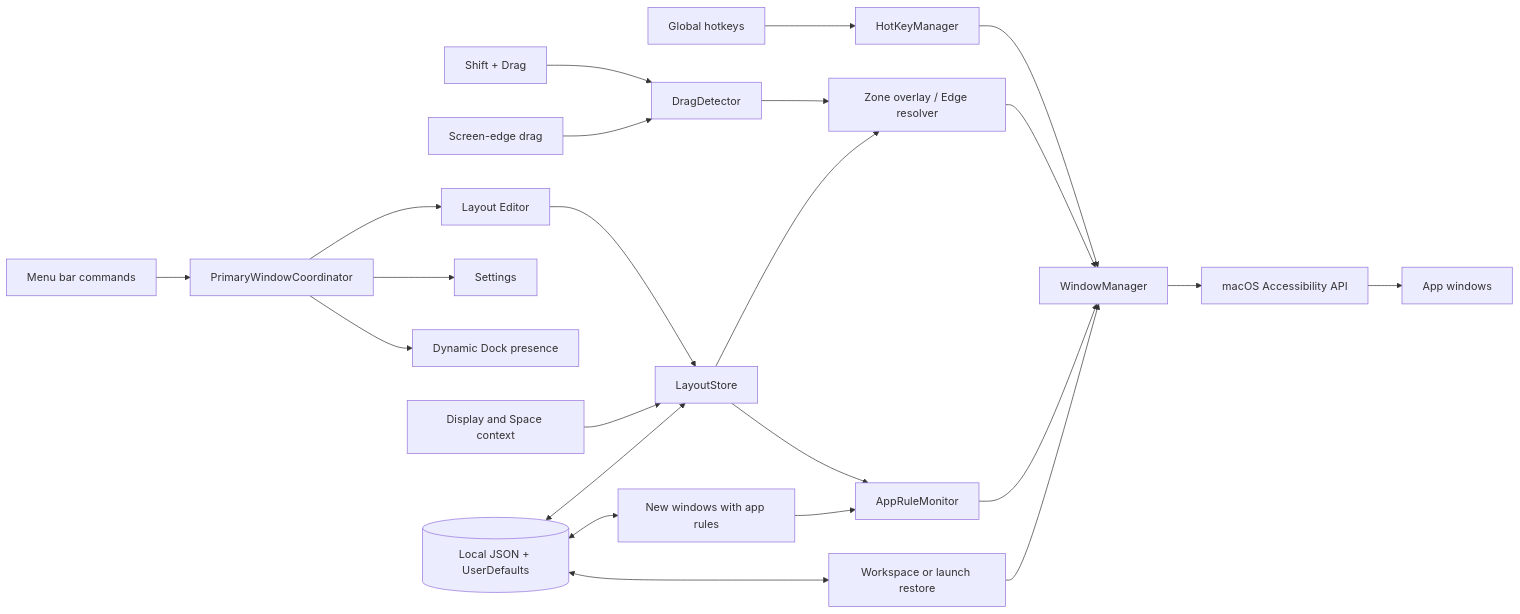
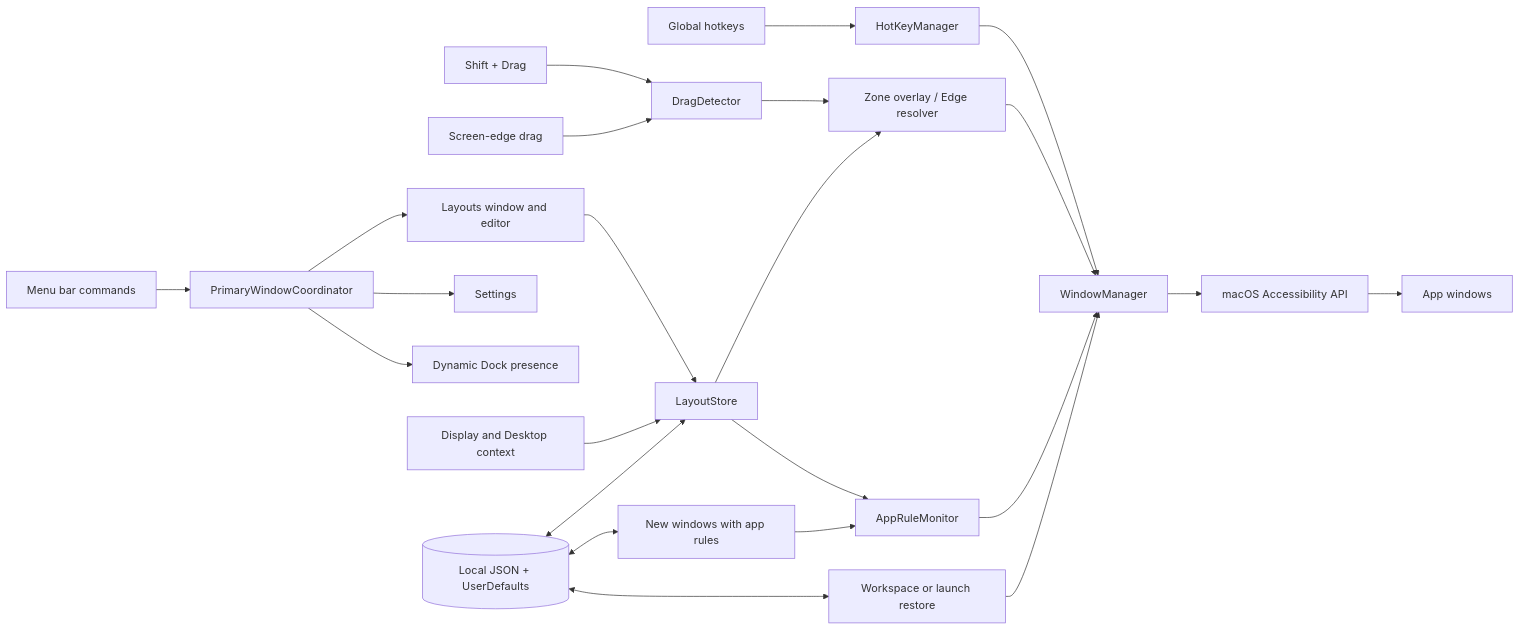
Before and after one commit to ulissescomonian/epyczones: the diagram in README.md, drawn with Mermaid. The commit also changed other lines of this file and 9 other files, not shown here.

````diff
--- a/README.md
+++ b/README.md
@@ -216,25 +289,25 @@
 ```mermaid
 flowchart LR
     K[Global hotkeys] --> H[HotKeyManager]
     D[Shift + Drag] --> G[DragDetector]
     E[Screen-edge drag] --> G
     G --> Z[Zone overlay / Edge resolver]
     R[New windows with app rules] --> A[AppRuleMonitor]
     W[Workspace or launch restore] --> M[WindowManager]
     H --> M
     Z --> M
     A --> M
-    L[Layout Editor] --> S[LayoutStore]
+    L[Layouts window and editor] --> S[LayoutStore]
     B[Menu bar commands] --> Q[PrimaryWindowCoordinator]
     Q --> L
     Q --> T[Settings]
     Q --> DCK[Dynamic Dock presence]
-    C[Display and Space context] --> S
+    C[Display and Desktop context] --> S
     S --> Z
     S --> A
     M --> AX[macOS Accessibility API]
     AX --> X[App windows]
     P[(Local JSON + UserDefaults)] <--> S
     P <--> R
     P <--> W
 ```
````
